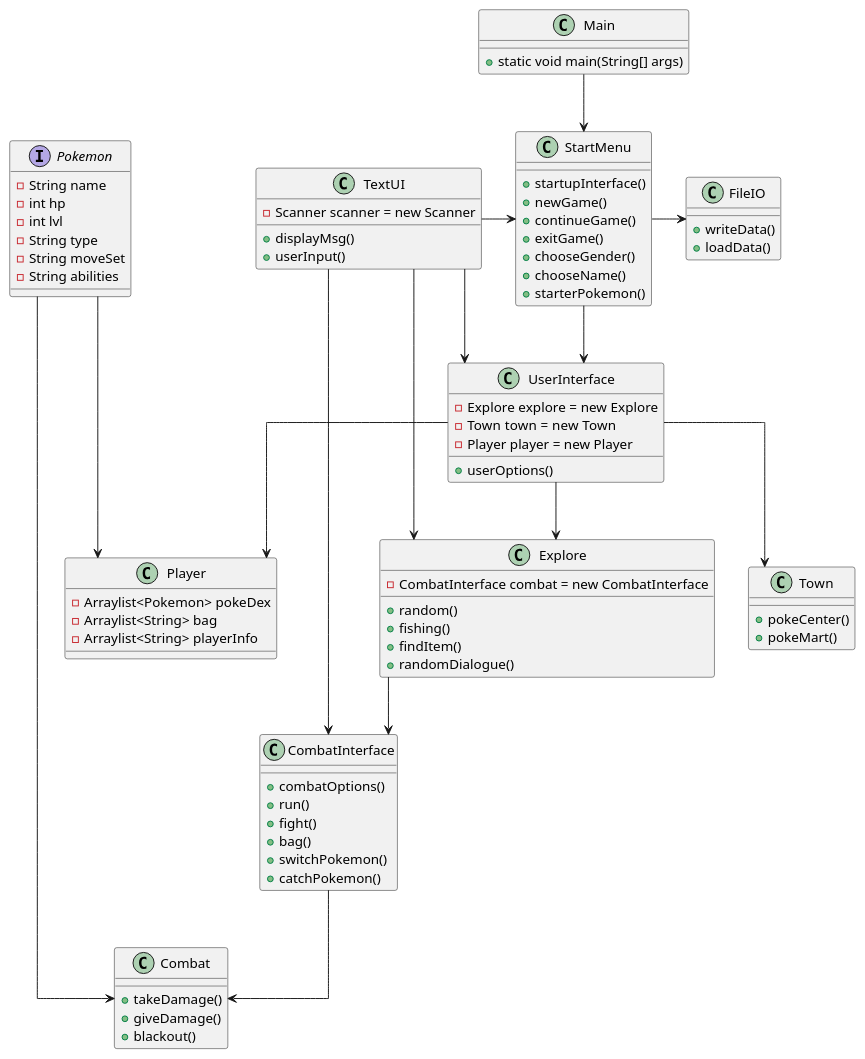
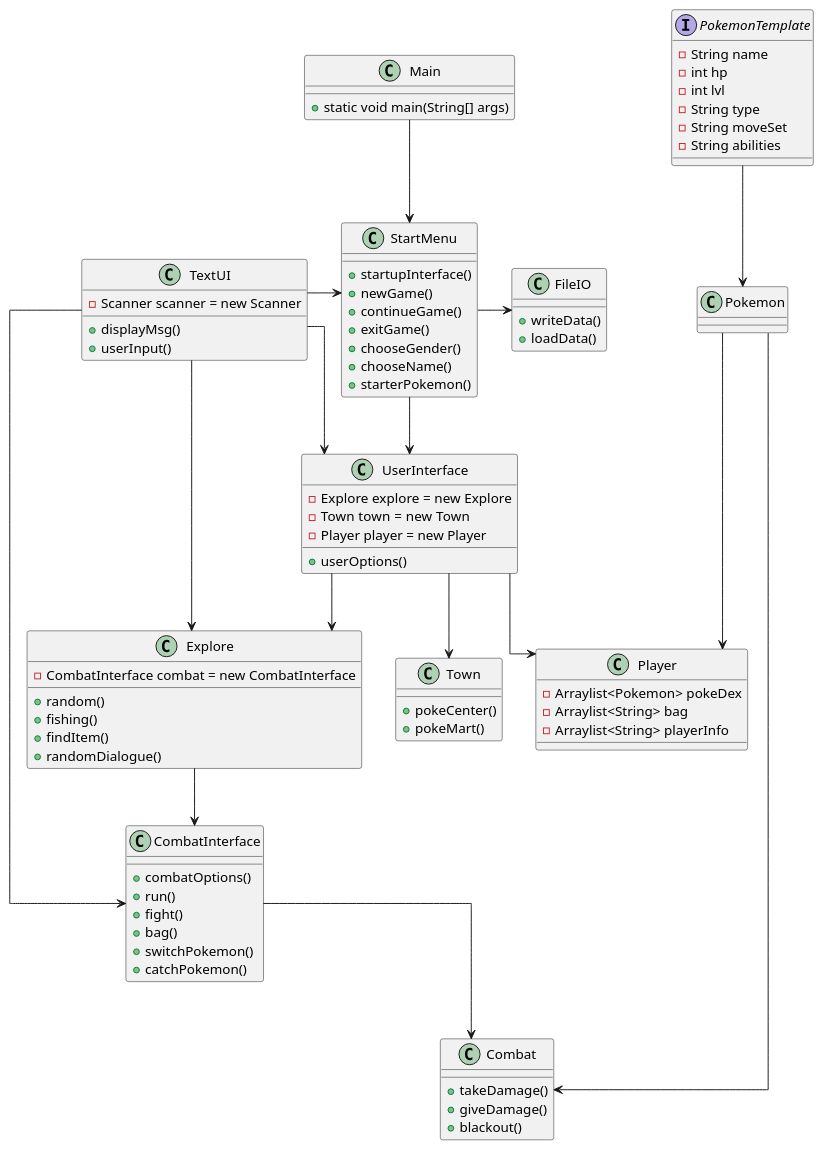
The diagram in Diagrams/ClassDiagram.puml (Maximitas/ICE), drawn with PlantUML before and after one commit. The commit also changed 2 other files, not shown here.

Commit message:
Så er der endnu flere klasser baby plus et updated class diagram

```diff
--- a/Diagrams/ClassDiagram.puml
+++ b/Diagrams/ClassDiagram.puml
@@ -1,98 +1,102 @@
 @startuml
 'https://plantuml.com/class-diagram
 skinparam linetype polyline
 skinparam linetype ortho
 
 class Main{
 + static void main(String[] args)
 }
 
 class StartMenu {
 + startupInterface()
 + newGame()
 + continueGame()
 + exitGame()
 + chooseGender()
 + chooseName()
 + starterPokemon()
 }
 
-interface Pokemon{
+interface PokemonTemplate{
 - String name
 - int hp
 - int lvl
 - String type
 - String moveSet
 - String abilities
+}
+
+class Pokemon{
 }
 
 class Combat{
 + takeDamage()
 + giveDamage()
 + blackout()
 }
 
 class CombatInterface{
 + combatOptions()
 + run()
 + fight()
 + bag()
 + switchPokemon()
 + catchPokemon()
 
 }
 
 class Player{
 - Arraylist<Pokemon> pokeDex
 - Arraylist<String> bag
 - Arraylist<String> playerInfo
 
 }
 
 class UserInterface {
 - Explore explore = new Explore
 - Town town = new Town
 - Player player = new Player
 + userOptions()
 }
 
 class Town {
 + pokeCenter()
 + pokeMart()
 }
 
 class Explore {
 - CombatInterface combat = new CombatInterface
 + random()
 + fishing()
 + findItem()
 + randomDialogue()
 }
 
 class FileIO{
 + writeData()
 + loadData()
 }
 class TextUI{
 - Scanner scanner = new Scanner
 + displayMsg()
 + userInput()
 }
 
 Main --> StartMenu
 StartMenu --> UserInterface
 UserInterface --> Player
 UserInterface --> Town
 UserInterface --> Explore
 Explore --> CombatInterface
 CombatInterface --> Combat
+PokemonTemplate --> Pokemon
 Pokemon ---> Player
 Pokemon ---> Combat
 StartMenu -> FileIO
 TextUI -> StartMenu
 TextUI --> UserInterface
 TextUI --> Explore
 TextUI --> CombatInterface
 
 
 @enduml
```
